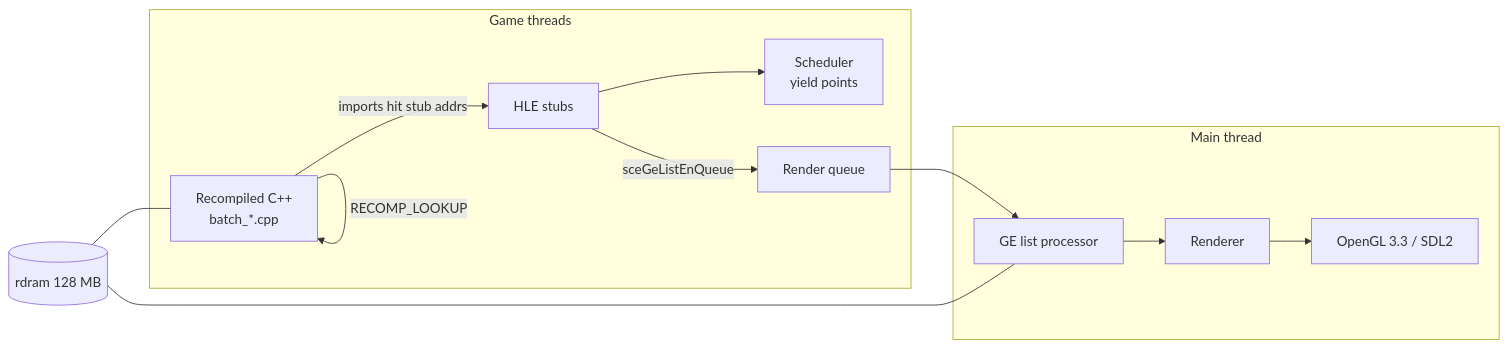
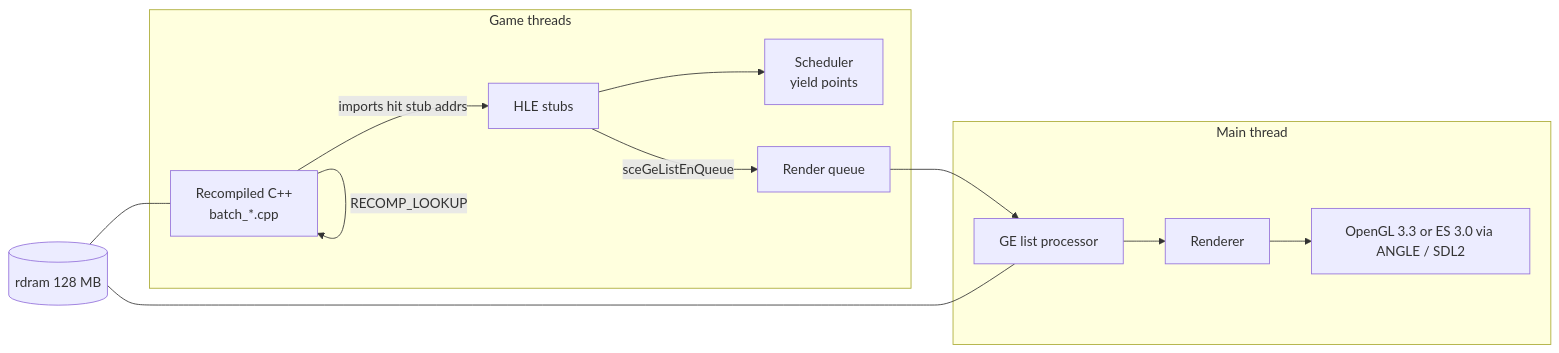
One commit to Montick1560/p3-recompiled-and-remastered changed the diagram in ARCHITECTURE.md. Above: the diagram before and after it, drawn with Mermaid. The commit also changed other lines of this file and 2 other files, not shown here.

First line of the commit message:
feat(runtime): fall back to OpenGL ES 3.0 (ANGLE) when OpenGL 3.3 cannot start

````diff
--- a/ARCHITECTURE.md
+++ b/ARCHITECTURE.md
@@ -309,14 +310,14 @@
 ```mermaid
 flowchart LR
     subgraph Game threads
         R[Recompiled C++<br/>batch_*.cpp] -->|imports hit stub addrs| H[HLE stubs]
         R -->|RECOMP_LOOKUP| R
         H --> S[Scheduler<br/>yield points]
         H -->|sceGeListEnQueue| Q[Render queue]
     end
     subgraph Main thread
-        Q --> G[GE list processor] --> D[Renderer] --> GL[OpenGL 3.3 / SDL2]
+        Q --> G[GE list processor] --> D[Renderer] --> GL[OpenGL 3.3 or ES 3.0 via ANGLE / SDL2]
     end
     M[(rdram 128 MB)] --- R
     M --- G
 ```
````
